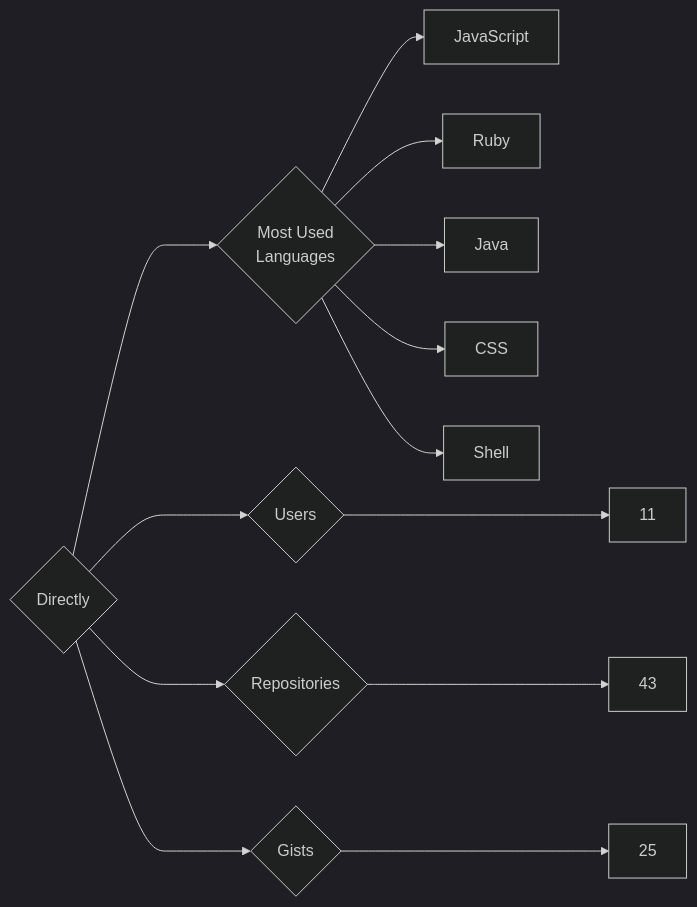
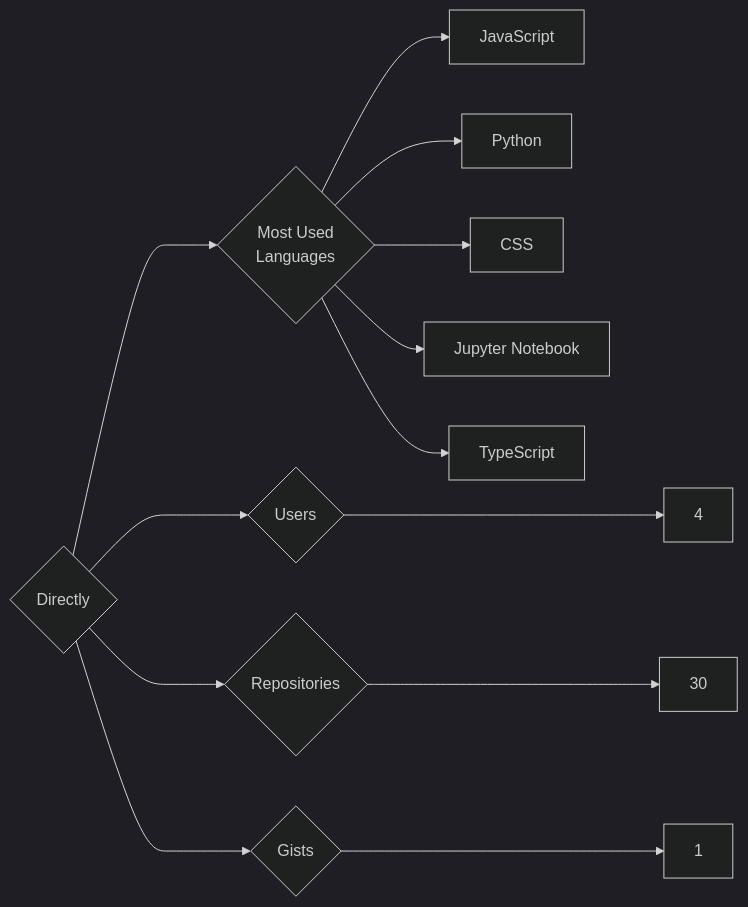
Before and after one commit to trickest/insiders: the diagram in targets/Directly/README.md, drawn with Mermaid (dark theme). The commit also changed 1123 other files, not shown here.

````diff
--- a/targets/Directly/README.md
+++ b/targets/Directly/README.md
@@ -3,13 +3,13 @@
 ```mermaid
 graph LR
 COMPANY_NAME{Directly}
-COMPANY_NAME ---> U{Users} ---> UN[11]
-COMPANY_NAME ---> R{Repositories} ---> RN[43]
-COMPANY_NAME ---> G{Gists} ---> GN[25]
+COMPANY_NAME ---> U{Users} ---> UN[4]
+COMPANY_NAME ---> R{Repositories} ---> RN[30]
+COMPANY_NAME ---> G{Gists} ---> GN[1]
 COMPANY_NAME ---> ML{Most Used<br>Languages}
 ML --> JavaScript[JavaScript]
-ML --> Ruby[Ruby]
-ML --> Java[Java]
+ML --> Python[Python]
 ML --> CSS[CSS]
-ML --> Shell[Shell]
+ML --> Jupyter_Notebook[Jupyter Notebook]
+ML --> TypeScript[TypeScript]
 ```
````
